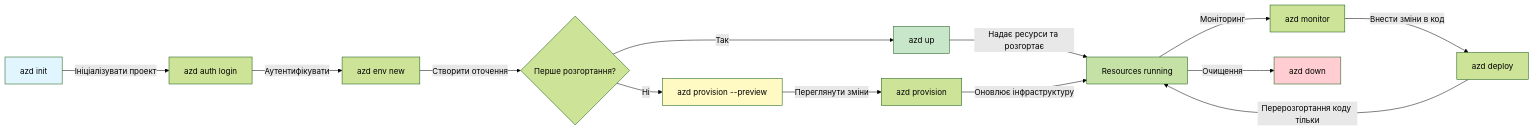
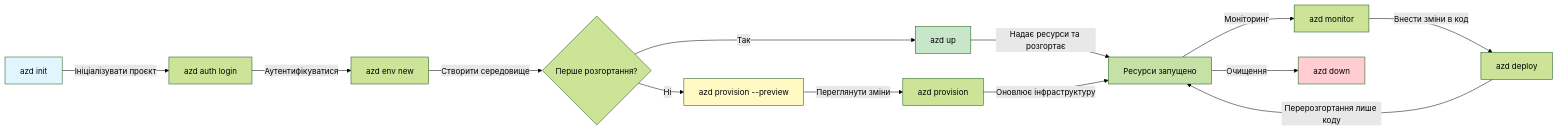
The first of 2 diagrams in translations/uk/docs/chapter-01-foundation/azd-basics.md (microsoft/AZD-for-beginners), drawn with Mermaid (forest theme) before and after one commit. The commit also changed other lines of this file and 101 other files, not shown here.

````diff
--- a/translations/uk/docs/chapter-01-foundation/azd-basics.md
+++ b/translations/uk/docs/chapter-01-foundation/azd-basics.md
@@ -269,21 +269,21 @@
 ```mermaid
 graph LR
-    A[azd init] -->|Ініціалізувати проект| B[azd auth login]
-    B -->|Аутентифікувати| C[azd env new]
-    C -->|Створити оточення| D{Перше розгортання?}
+    A[azd init] -->|Ініціалізувати проєкт| B[azd auth login]
+    B -->|Аутентифікуватися| C[azd env new]
+    C -->|Створити середовище| D{Перше розгортання?}
     D -->|Так| E[azd up]
     D -->|Ні| F[azd provision --preview]
     F -->|Переглянути зміни| G[azd provision]
-    E -->|Надає ресурси та розгортає| H[Resources running]
+    E -->|Надає ресурси та розгортає| H[Ресурси запущено]
     G -->|Оновлює інфраструктуру| H
     H -->|Моніторинг| I[azd monitor]
     I -->|Внести зміни в код| J[azd deploy]
-    J -->|Перерозгортання коду тільки| H
+    J -->|Перерозгортання лише коду| H
     H -->|Очищення| K[azd down]
     
     style A fill:#e1f5fe
     style E fill:#c8e6c9
     style F fill:#fff9c4
     style H fill:#c5e1a5
     style K fill:#ffcdd2
 ```
````
